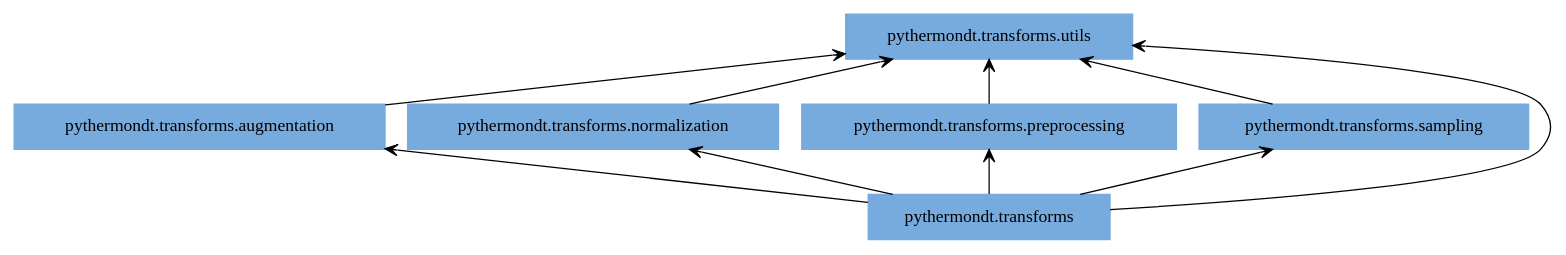
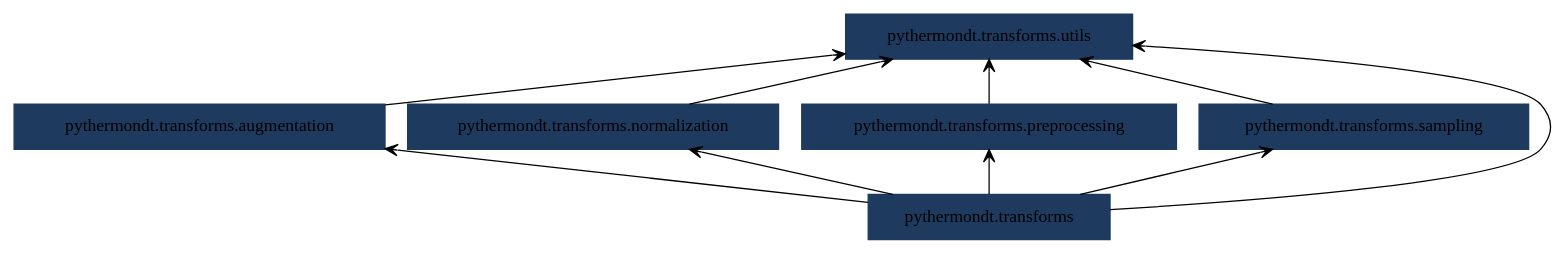
One commit to voidsy-gmbh/pyThermoNDT changed the diagram in docs/pyreverse/packages_pythermondt.transforms.gv. Above: the diagram before and after it, drawn with Graphviz. The commit also changed 25 other files, not shown here.

Commit message:
Update pyreverse diagrams

```diff
--- a/docs/pyreverse/packages_pythermondt.transforms.gv
+++ b/docs/pyreverse/packages_pythermondt.transforms.gv
@@ -1,19 +1,19 @@
 digraph "packages_pythermondt.transforms" {
 rankdir=BT
 charset="utf-8"
-"pythermondt.transforms" [color="#77AADD", label=<pythermondt.transforms>, shape="box", style="filled"];
-"pythermondt.transforms.augmentation" [color="#77AADD", label=<pythermondt.transforms.augmentation>, shape="box", style="filled"];
-"pythermondt.transforms.normalization" [color="#77AADD", label=<pythermondt.transforms.normalization>, shape="box", style="filled"];
-"pythermondt.transforms.preprocessing" [color="#77AADD", label=<pythermondt.transforms.preprocessing>, shape="box", style="filled"];
-"pythermondt.transforms.sampling" [color="#77AADD", label=<pythermondt.transforms.sampling>, shape="box", style="filled"];
-"pythermondt.transforms.utils" [color="#77AADD", label=<pythermondt.transforms.utils>, shape="box", style="filled"];
+"pythermondt.transforms" [color="#1E3A5F", label=<pythermondt.transforms>, shape="box", style="filled"];
+"pythermondt.transforms.augmentation" [color="#1E3A5F", label=<pythermondt.transforms.augmentation>, shape="box", style="filled"];
+"pythermondt.transforms.normalization" [color="#1E3A5F", label=<pythermondt.transforms.normalization>, shape="box", style="filled"];
+"pythermondt.transforms.preprocessing" [color="#1E3A5F", label=<pythermondt.transforms.preprocessing>, shape="box", style="filled"];
+"pythermondt.transforms.sampling" [color="#1E3A5F", label=<pythermondt.transforms.sampling>, shape="box", style="filled"];
+"pythermondt.transforms.utils" [color="#1E3A5F", label=<pythermondt.transforms.utils>, shape="box", style="filled"];
 "pythermondt.transforms" -> "pythermondt.transforms.augmentation" [arrowhead="open", arrowtail="none"];
 "pythermondt.transforms" -> "pythermondt.transforms.normalization" [arrowhead="open", arrowtail="none"];
 "pythermondt.transforms" -> "pythermondt.transforms.preprocessing" [arrowhead="open", arrowtail="none"];
 "pythermondt.transforms" -> "pythermondt.transforms.sampling" [arrowhead="open", arrowtail="none"];
 "pythermondt.transforms" -> "pythermondt.transforms.utils" [arrowhead="open", arrowtail="none"];
 "pythermondt.transforms.augmentation" -> "pythermondt.transforms.utils" [arrowhead="open", arrowtail="none"];
 "pythermondt.transforms.normalization" -> "pythermondt.transforms.utils" [arrowhead="open", arrowtail="none"];
 "pythermondt.transforms.preprocessing" -> "pythermondt.transforms.utils" [arrowhead="open", arrowtail="none"];
 "pythermondt.transforms.sampling" -> "pythermondt.transforms.utils" [arrowhead="open", arrowtail="none"];
 }
```
